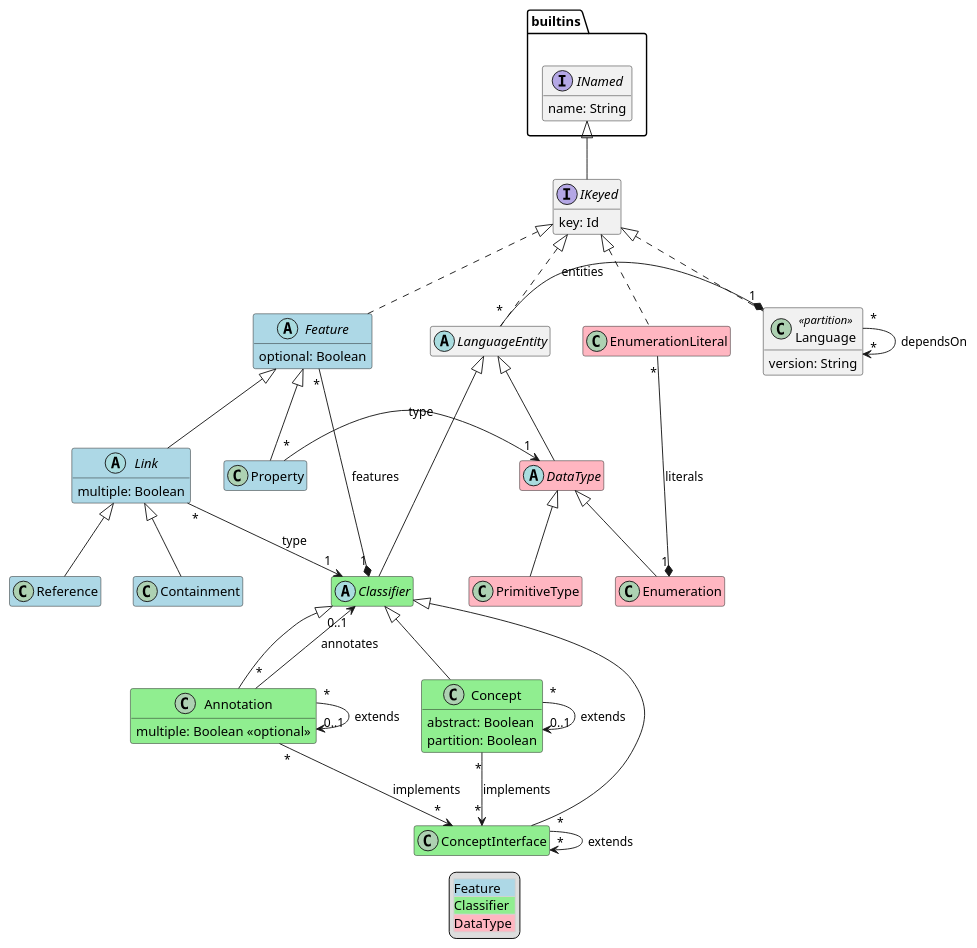
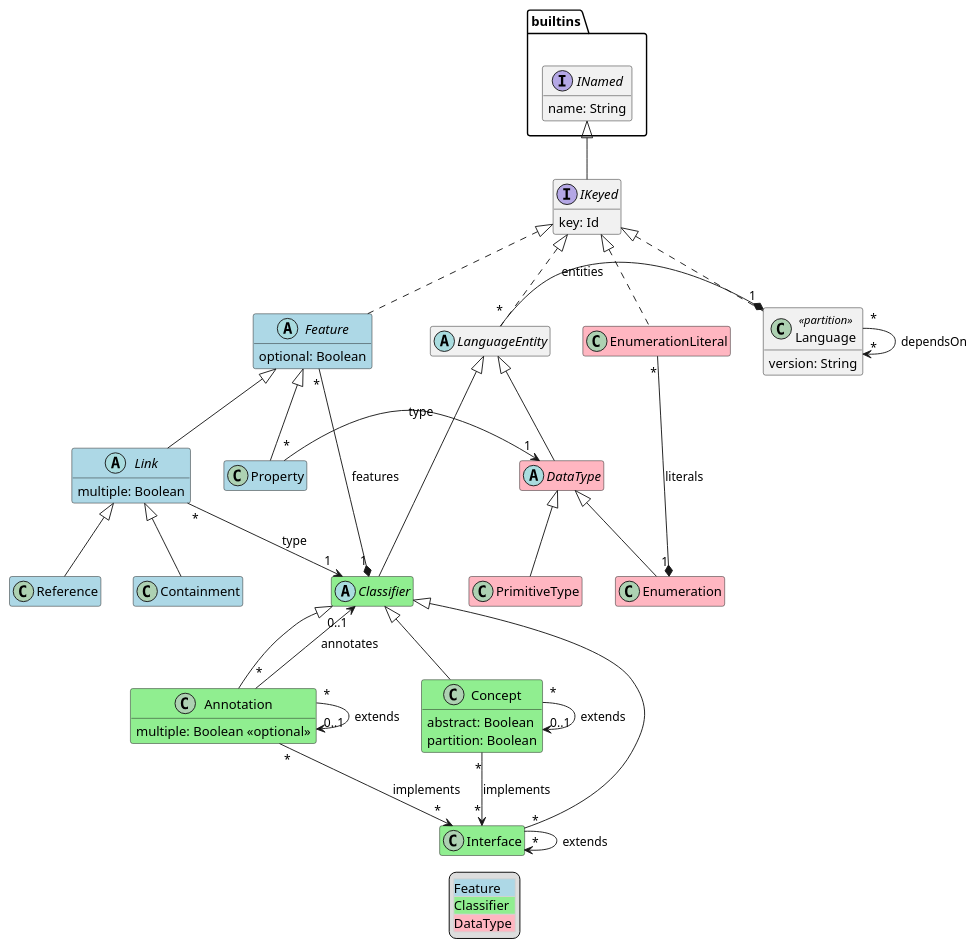
Before and after one commit to LionWeb-io/specification: the diagram in metametamodel/metametamodel.puml, drawn with PlantUML. The commit also changed 5 other files, not shown here.

Commit message:
renamed ConceptInterface -> Interface (#190)

```diff
--- a/metametamodel/metametamodel.puml
+++ b/metametamodel/metametamodel.puml
@@ -1,82 +1,82 @@
 @startuml
 hide empty members
 
 package builtins {
   interface builtins.INamed {
     name: String
   }
 }
 
 class Annotation #LightGreen extends Classifier {
   multiple: Boolean <<optional>>
 }
 
 class Concept #LightGreen extends Classifier {
   abstract: Boolean
   partition: Boolean
 }
 
-class ConceptInterface #LightGreen extends Classifier
+class Interface #LightGreen extends Classifier
 
 class Containment #LightBlue extends Link
 
 abstract class DataType #LightPink extends LanguageEntity
 
 class Enumeration #LightPink extends DataType
 
 class EnumerationLiteral #LightPink implements IKeyed
 
 abstract class Feature #LightBlue implements IKeyed {
   optional: Boolean
 }
 
 abstract class Classifier #LightGreen extends LanguageEntity
 
 abstract class Link #LightBlue extends Feature {
   multiple: Boolean
 }
 
 class Language <<partition>> implements IKeyed {
   version: String
 }
 
 abstract class LanguageEntity implements IKeyed
 
 interface IKeyed extends builtins.INamed {
   key: Id
 }
 
 class PrimitiveType #LightPink extends DataType
 
 class Property #LightBlue extends Feature
 
 class Reference #LightBlue extends Link
 
 ' relations:
 
 Annotation "*" --> "0..1" Classifier: annotates
 Annotation "*" --> "0..1" Annotation: extends
-Annotation "*" --> "*" ConceptInterface: implements
+Annotation "*" --> "*" Interface: implements
 
 Concept "*" --> "0..1" Concept: extends
-Concept "*" --> "*" ConceptInterface: implements
+Concept "*" --> "*" Interface: implements
 
-ConceptInterface "*" --> "*" ConceptInterface: extends
+Interface "*" --> "*" Interface: extends
 
 EnumerationLiteral "*" -* "1" Enumeration : literals
 
 Feature "*" -* "1" Classifier: features
 
 Link "*" --> "1" Classifier: type
 
 Language "*" --> "*" Language: dependsOn
 LanguageEntity "*" -* "1" Language: entities
 
 Property "*" -> "1" DataType: type
 
 legend
   <#LightGray,#LightGray>| <#LightBlue>Feature |
   | <#LightGreen>Classifier |
   | <#LightPink>DataType |
 end legend
 @enduml
```
